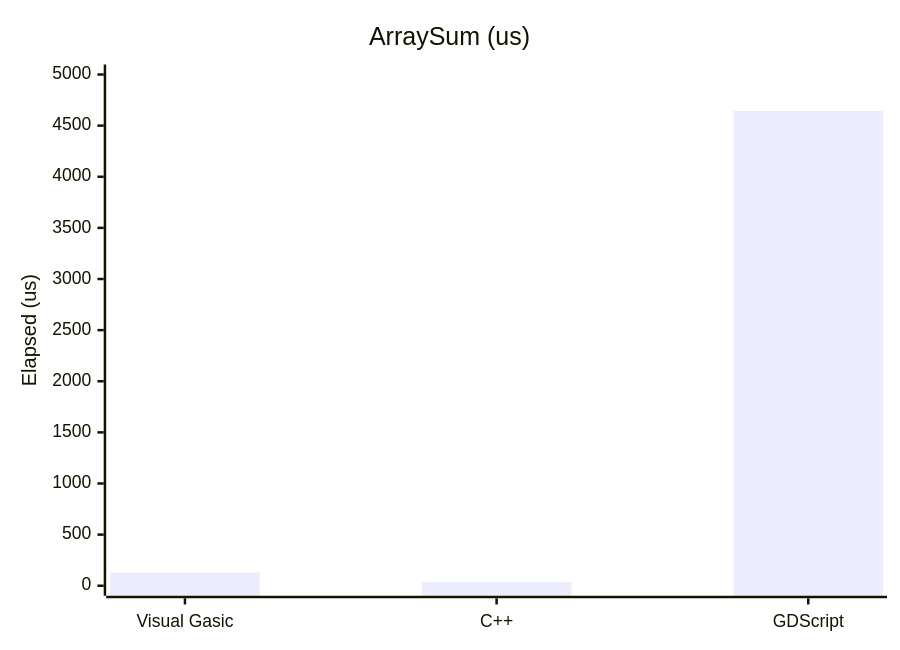
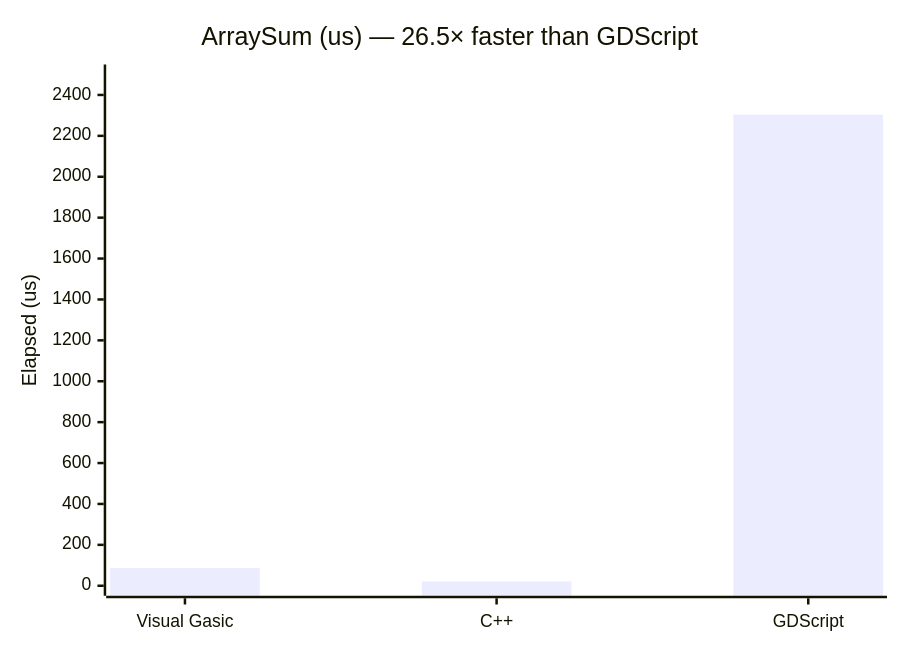
Before and after one commit to xgreenrx-star/VisualGasic: the second of 11 diagrams in docs/manual/performance.md, drawn with Mermaid. The commit also changed other lines of this file and 50 other files, not shown here.

````diff
--- a/docs/manual/performance.md
+++ b/docs/manual/performance.md
@@ -99,7 +149,7 @@
 ```mermaid
 xychart-beta
-    title "ArraySum (us)"
+    title "ArraySum (us) — 26.5× faster than GDScript"
     x-axis ["Visual Gasic","C++","GDScript"]
-    y-axis "Elapsed (us)" 0 --> 5000
-    bar [130,37,4644]
+    y-axis "Elapsed (us)" 0 --> 2500
+    bar [87,21,2304]
 ```
````
